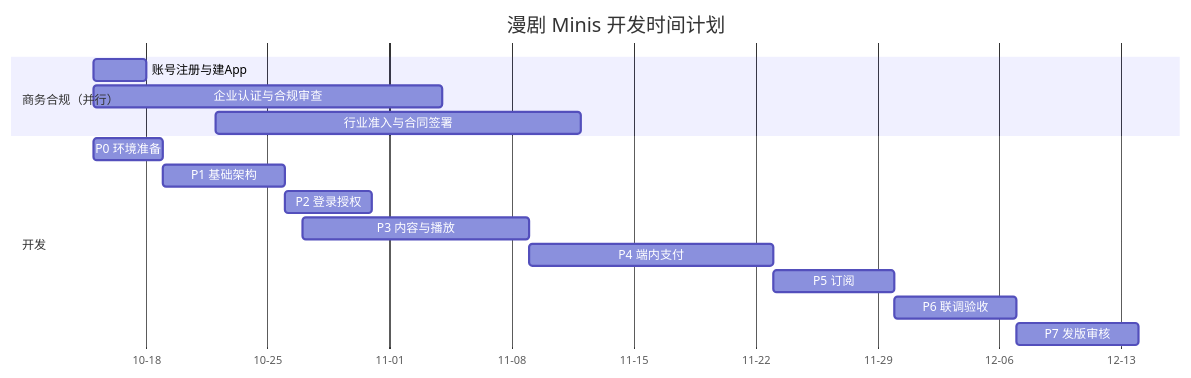
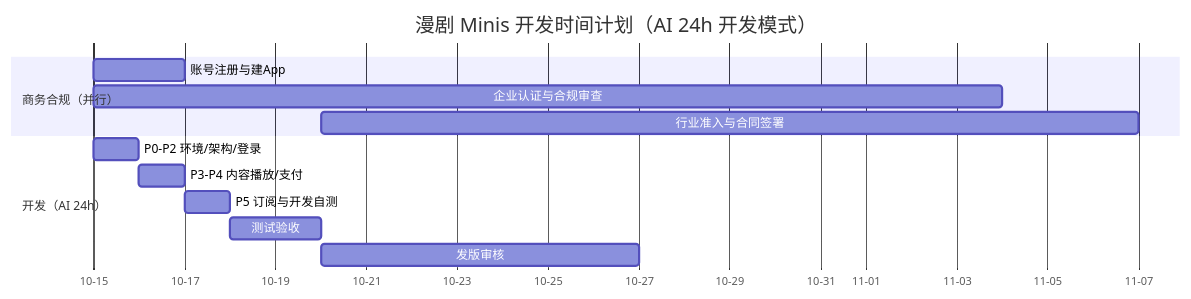
Before and after one commit to seanliii/tiktok-minis-drama: the diagram in docs/guide/timeline.md, drawn with Mermaid. The commit also changed other lines of this file and 3 other files, not shown here.

````diff
--- a/docs/guide/timeline.md
+++ b/docs/guide/timeline.md
@@ -12,21 +13,18 @@
 ```mermaid
 gantt
-  title 漫剧 Minis 开发时间计划
+  title 漫剧 Minis 开发时间计划（AI 24h 开发模式）
   dateFormat YYYY-MM-DD
   axisFormat %m-%d
 
   section 商务合规（并行）
-  账号注册与建App      :a1, 2026-10-15, 3d
+  账号注册与建App      :a1, 2026-10-15, 2d
   企业认证与合规审查    :a2, 2026-10-15, 20d
-  行业准入与合同签署    :a3, 2026-10-22, 21d
+  行业准入与合同签署    :a3, 2026-10-20, 18d
 
-  section 开发
-  P0 环境准备          :p0, 2026-10-15, 4d
-  P1 基础架构          :p1, 2026-10-19, 7d
-  P2 登录授权          :p2, 2026-10-26, 5d
-  P3 内容与播放        :p3, 2026-10-27, 13d
-  P4 端内支付          :p4, 2026-11-09, 14d
-  P5 订阅              :p5, 2026-11-23, 7d
-  P6 联调验收          :p6, 2026-11-30, 7d
-  P7 发版审核          :p7, 2026-12-07, 7d
+  section 开发（AI 24h）
+  P0-P2 环境/架构/登录  :p1, 2026-10-15, 1d
+  P3-P4 内容播放/支付   :p2, 2026-10-16, 1d
+  P5 订阅与开发自测     :p3, 2026-10-17, 1d
+  测试验收             :p4, 2026-10-18, 2d
+  发版审核             :p5, 2026-10-20, 7d
 ```
````
